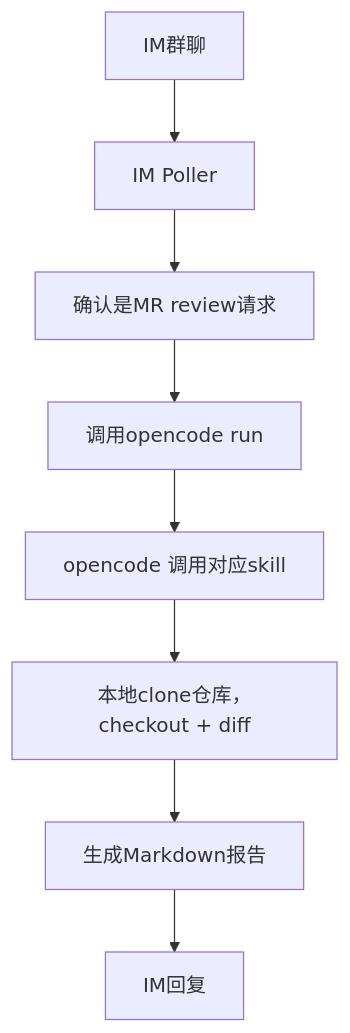
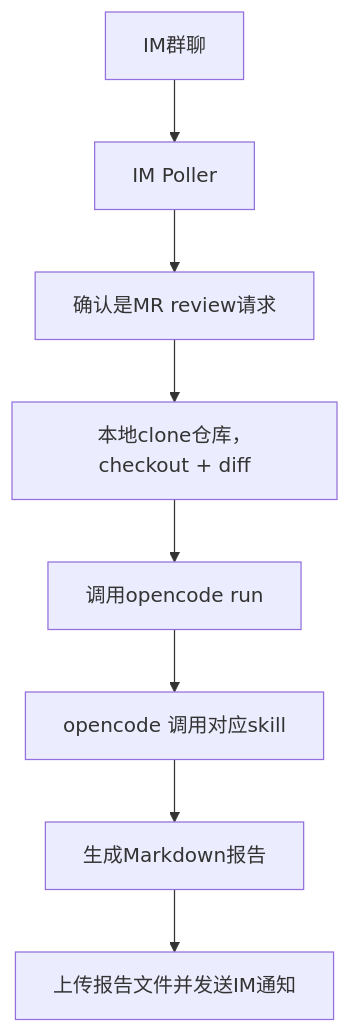
One commit to Faye-663/code-mr-reviewer changed the diagram in Requirements.md. Above: the diagram before and after it, drawn with Mermaid. The commit also changed other lines of this file and 1 other file, not shown here.

````diff
--- a/Requirements.md
+++ b/Requirements.md
@@ -26,10 +26,10 @@
 ```mermaid
 flowchart TD
     A[IM群聊] --> B[IM Poller]
     B --> C[确认是MR review请求]
-    C --> D[调用opencode run]
-    D --> E[opencode 调用对应skill]
-    E --> F[本地clone仓库，checkout + diff]
+    C --> D[本地clone仓库，checkout + diff]
+    D --> E[调用opencode run]
+    E --> F[opencode 调用对应skill]
     F --> G[生成Markdown报告]
-    G --> H[IM回复]
+    G --> H[上传报告文件并发送IM通知]
 ```
````
